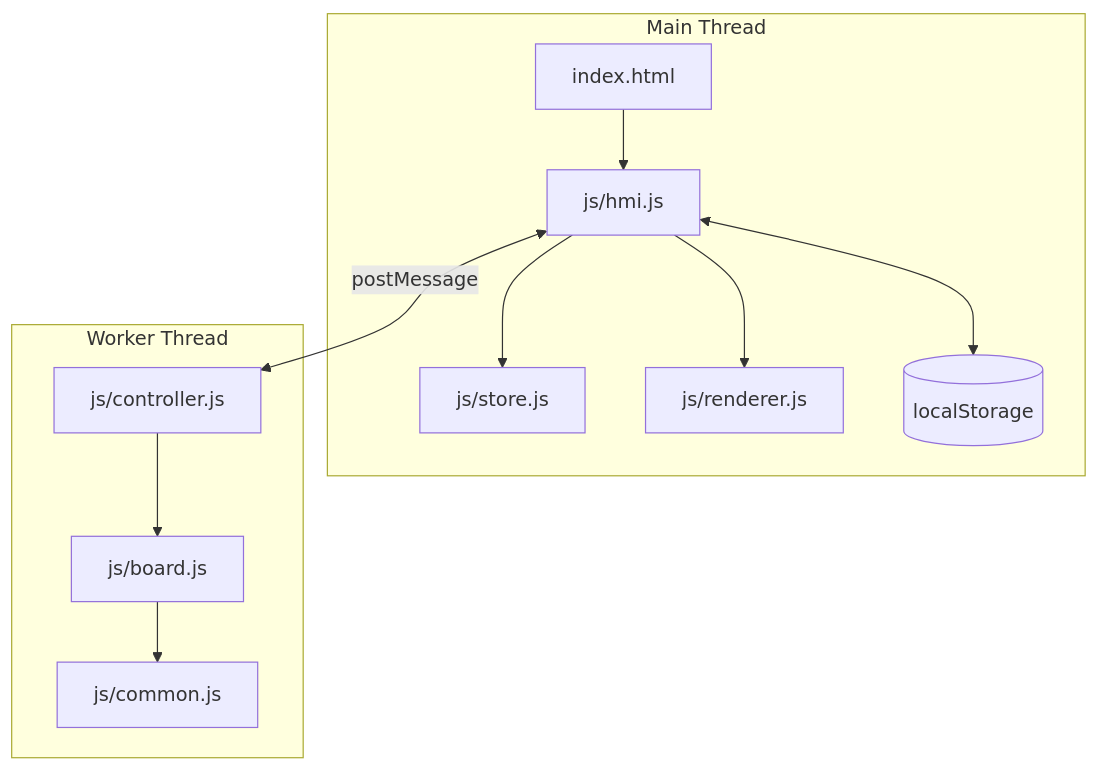
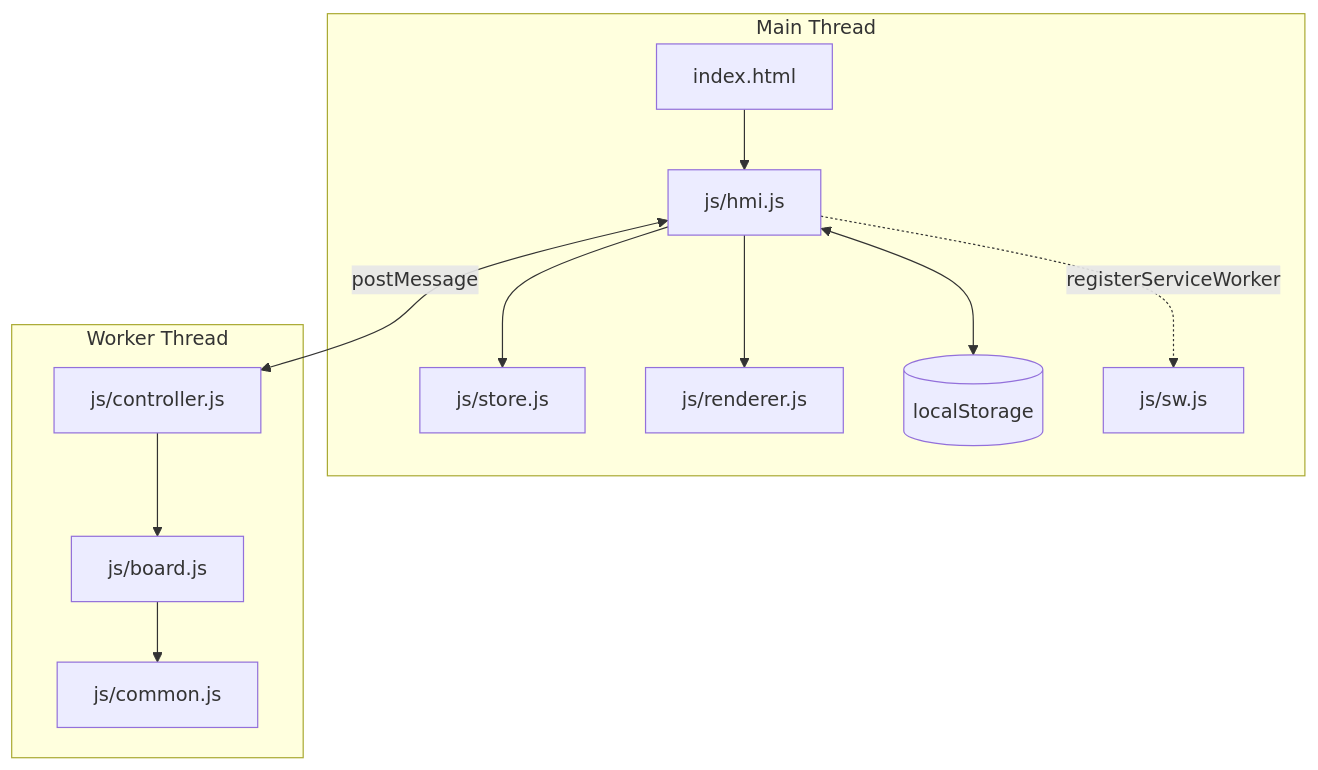
The first of 6 diagrams in javascript/html5/src/doc/software_architecture.md (OMerkel/mahjong_solitaire), drawn with Mermaid before and after one commit. The commit also changed other lines of this file and 3 other files, not shown here.

````diff
--- a/javascript/html5/src/doc/software_architecture.md
+++ b/javascript/html5/src/doc/software_architecture.md
@@ -66,26 +81,28 @@
 ```mermaid
 flowchart TB
   subgraph MAIN[Main Thread]
     IDX[index.html]
     HMI[js/hmi.js]
     STORE[js/store.js]
     RENDER[js/renderer.js]
     LS[(localStorage)]
+    SW[js/sw.js]
 
     IDX --> HMI
     HMI --> STORE
     HMI --> RENDER
     HMI <--> LS
+    HMI -.registerServiceWorker.-> SW
   end
 
   subgraph WORKER[Worker Thread]
     CTRL[js/controller.js]
     BOARD[js/board.js]
     COMMON[js/common.js]
 
     CTRL --> BOARD
     BOARD --> COMMON
   end
 
   HMI <--> |postMessage| CTRL
 ```
````
